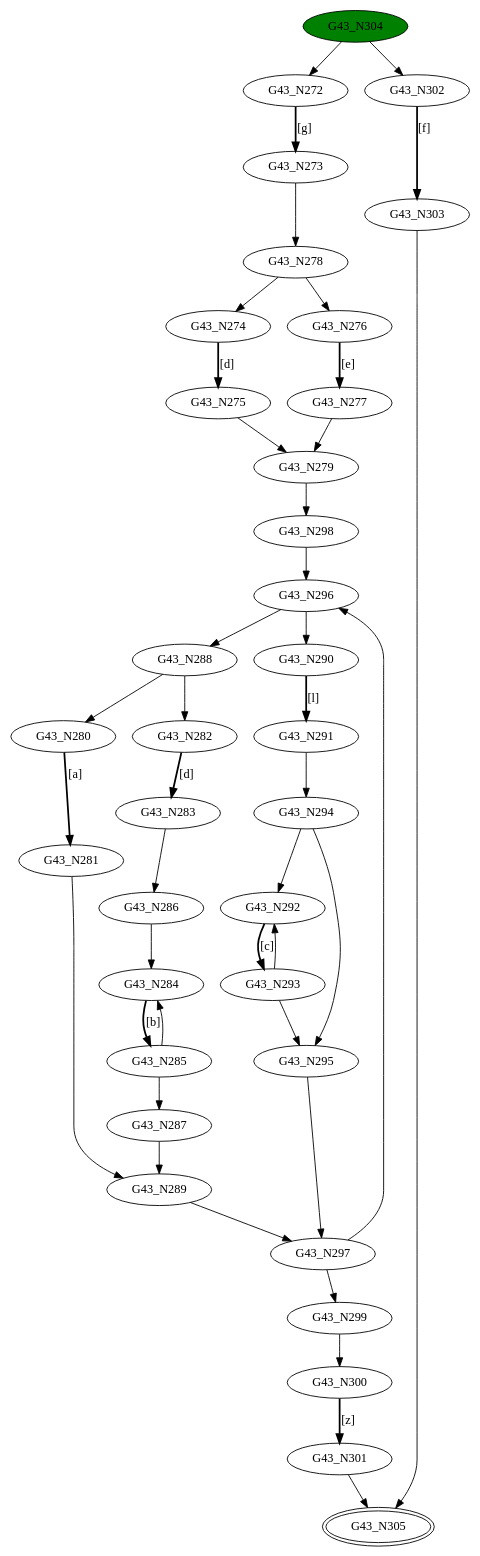
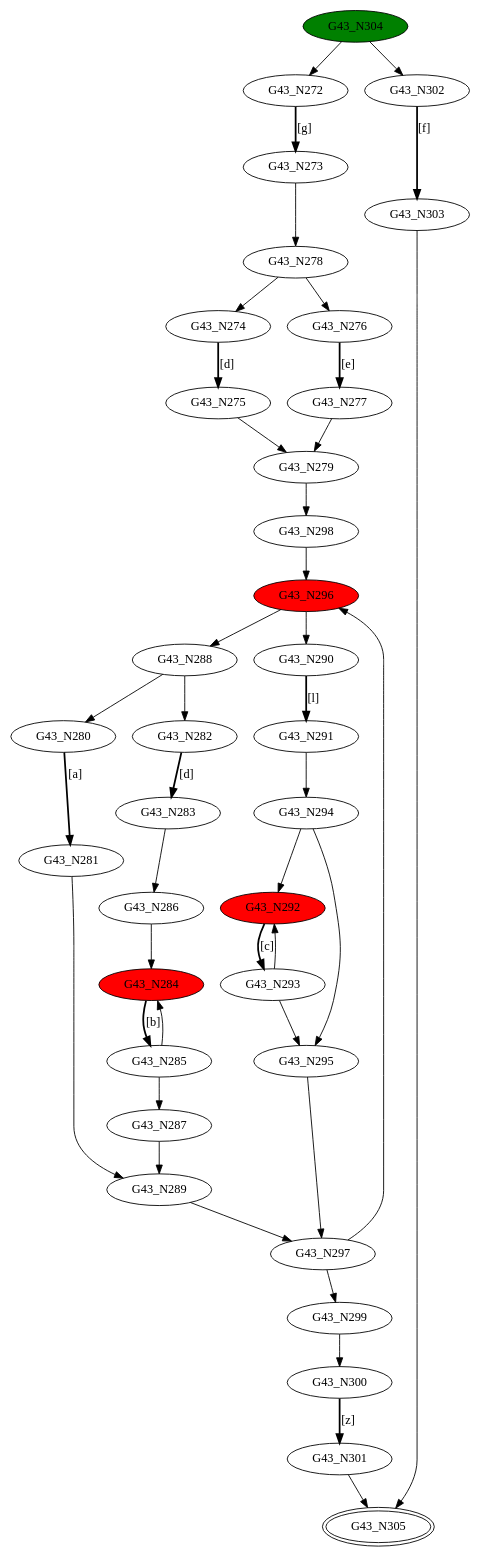
The diagram in DFASimulator/Testbench/merge4.dot (GDimitroulakos/EDUFLEX), drawn with Graphviz before and after one commit. The commit also changed 30 other files, not shown here.

```diff
--- a/DFASimulator/Testbench/merge4.dot
+++ b/DFASimulator/Testbench/merge4.dot
@@ -1,77 +1,77 @@
 digraph G43{
 "G43_N272";
 "G43_N273";
 "G43_N274";
 "G43_N275";
 "G43_N276";
 "G43_N277";
 "G43_N278";
 "G43_N279";
 "G43_N280";
 "G43_N281";
 "G43_N282";
 "G43_N283";
-"G43_N284";
+"G43_N284" [style=filled,fillcolor=red];
 "G43_N285";
 "G43_N286";
 "G43_N287";
 "G43_N288";
 "G43_N289";
 "G43_N290";
 "G43_N291";
-"G43_N292";
+"G43_N292" [style=filled,fillcolor=red];
 "G43_N293";
 "G43_N294";
 "G43_N295";
-"G43_N296";
+"G43_N296" [style=filled,fillcolor=red];
 "G43_N297";
 "G43_N298";
 "G43_N299";
 "G43_N300";
 "G43_N301";
 "G43_N302";
 "G43_N303";
 "G43_N304" [style=filled,fillcolor=green];
 "G43_N305" [peripheries=2];
 "G43_N272"->"G43_N273" [style = bold, label = "[g]"];
 "G43_N274"->"G43_N275" [style = bold, label = "[d]"];
 "G43_N276"->"G43_N277" [style = bold, label = "[e]"];
 "G43_N278"->"G43_N274";
 "G43_N278"->"G43_N276";
 "G43_N277"->"G43_N279";
 "G43_N275"->"G43_N279";
 "G43_N273"->"G43_N278";
 "G43_N280"->"G43_N281" [style = bold, label = "[a]"];
 "G43_N282"->"G43_N283" [style = bold, label = "[d]"];
 "G43_N284"->"G43_N285" [style = bold, label = "[b]"];
 "G43_N286"->"G43_N284";
 "G43_N285"->"G43_N287";
 "G43_N285"->"G43_N284";
 "G43_N283"->"G43_N286";
 "G43_N288"->"G43_N280";
 "G43_N288"->"G43_N282";
 "G43_N287"->"G43_N289";
 "G43_N281"->"G43_N289";
 "G43_N290"->"G43_N291" [style = bold, label = "[l]"];
 "G43_N292"->"G43_N293" [style = bold, label = "[c]"];
 "G43_N294"->"G43_N292";
 "G43_N293"->"G43_N295";
 "G43_N294"->"G43_N295";
 "G43_N293"->"G43_N292";
 "G43_N291"->"G43_N294";
 "G43_N296"->"G43_N288";
 "G43_N296"->"G43_N290";
 "G43_N295"->"G43_N297";
 "G43_N289"->"G43_N297";
 "G43_N298"->"G43_N296";
 "G43_N297"->"G43_N299";
 "G43_N297"->"G43_N296";
 "G43_N279"->"G43_N298";
 "G43_N300"->"G43_N301" [style = bold, label = "[z]"];
 "G43_N299"->"G43_N300";
 "G43_N302"->"G43_N303" [style = bold, label = "[f]"];
 "G43_N304"->"G43_N272";
 "G43_N304"->"G43_N302";
 "G43_N303"->"G43_N305";
 "G43_N301"->"G43_N305";
 }
```
